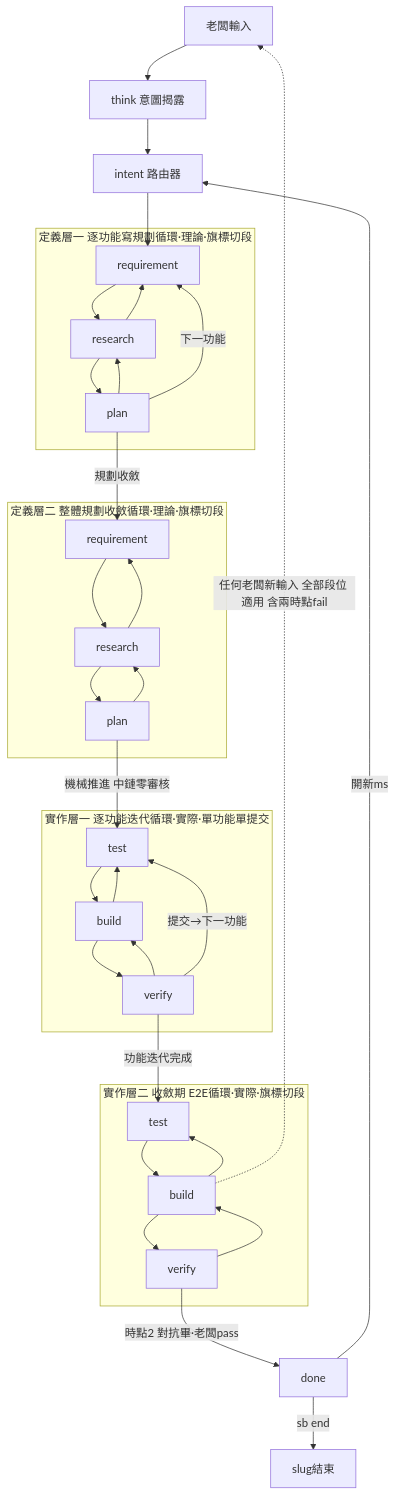
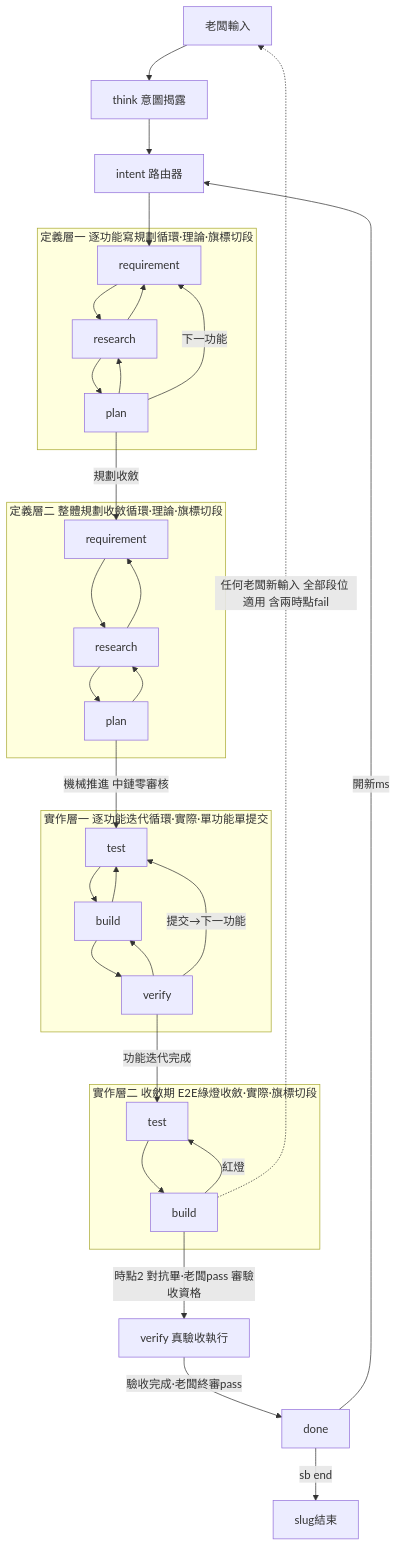
The first of 2 diagrams in README.md (teps3105/shiftblame), drawn with Mermaid before and after one commit. The commit also changed other lines of this file and 28 other files, not shown here.

````diff
--- a/README.md
+++ b/README.md
@@ -104,31 +104,32 @@
 ```mermaid
 flowchart TB
     BOSS[老闆輸入] --> THINK[think 意圖揭露]
     THINK --> INTENT[intent 路由器]
     INTENT --> R
     subgraph DEF1[定義層一 逐功能寫規劃循環·理論·旗標切段]
         R[requirement] --> RS[research] --> P[plan]
         P --> RS --> R
         P -->|下一功能| R
     end
     P -->|規劃收斂| R2
     subgraph DEF2[定義層二 整體規劃收斂循環·理論·旗標切段]
         R2[requirement] --> RS2[research] --> P2[plan]
         P2 --> RS2 --> R2
     end
     P2 -->|機械推進 中鏈零審核| T
     subgraph IMPL1[實作層一 逐功能迭代循環·實際·單功能單提交]
         T[test] --> B[build] --> V[verify]
         V --> B --> T
         V -->|提交→下一功能| T
     end
     V -->|功能迭代完成| T2
-    subgraph CONV[實作層二 收斂期 E2E循環·實際·旗標切段]
-        T2[test] --> B2[build] --> V2[verify]
-        V2 --> B2 --> T2
+    subgraph CONV[實作層二 收斂期 E2E綠燈收斂·實際·旗標切段]
+        T2[test] --> B2[build]
+        B2 -->|紅燈| T2
     end
-    V2 -->|時點2 對抗畢·老闆pass| DONE[done]
+    B2 -->|時點2 對抗畢·老闆pass 審驗收資格| V3[verify 真驗收執行]
+    V3 -->|驗收完成·老闆終審pass| DONE[done]
     DONE -->|開新ms| INTENT
     DONE -->|sb end| FIN[slug結束]
     B2 -.->|任何老闆新輸入 全部段位 適用 含兩時點fail| BOSS
 ```
````
